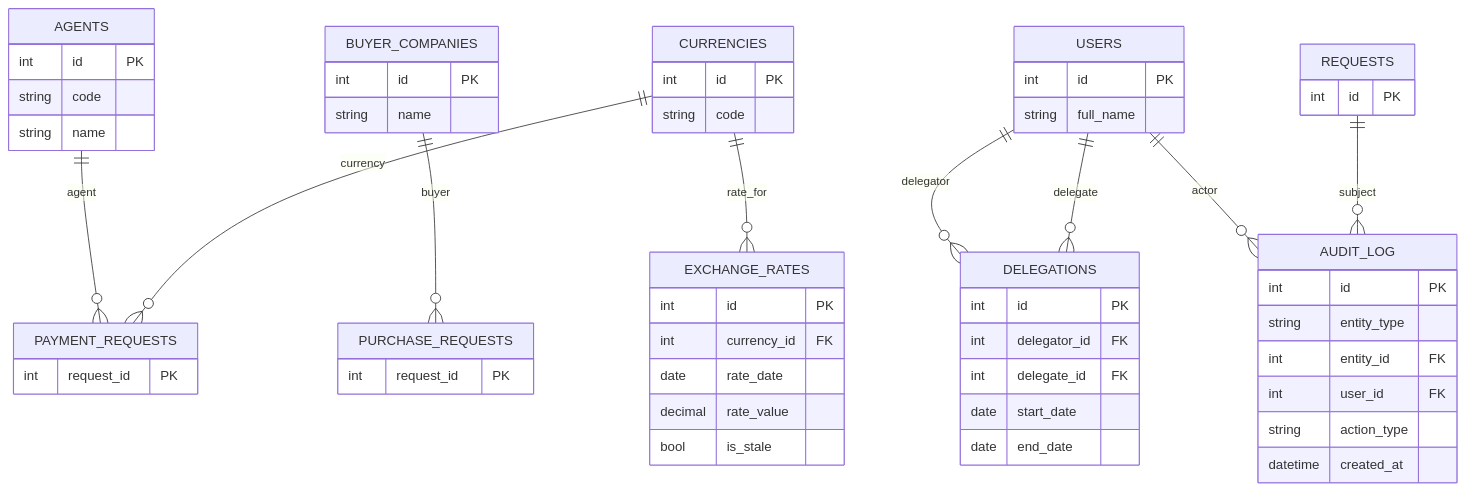
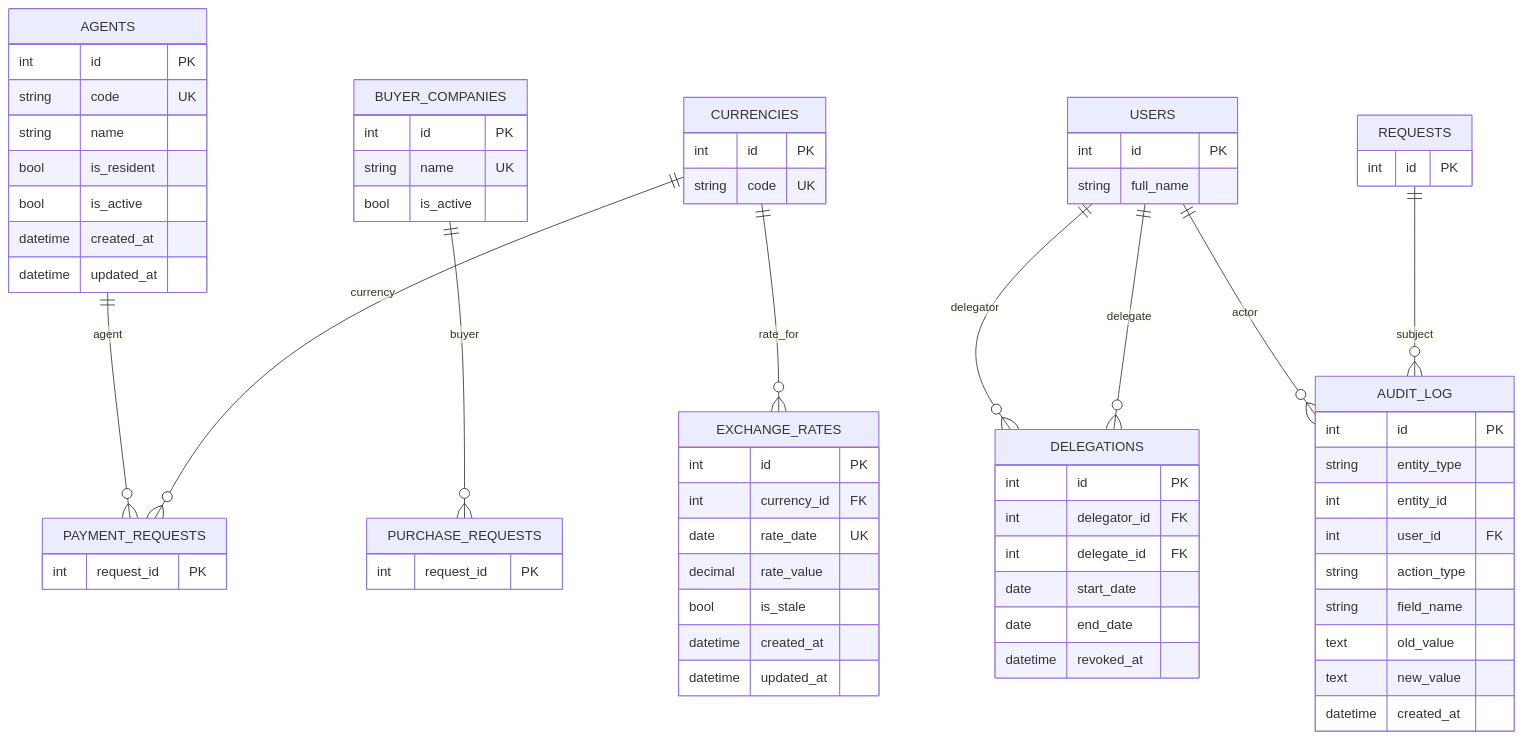
One commit to srg888/PayTracker_Vault changed the second of 2 diagrams in 06. Данные/ER модель.md. Above: the diagram before and after it, drawn with Mermaid. The commit also changed other lines of this file, not shown here.

First line of the commit message:
ER модель: добавлены недостающие поля в диаграммы

````diff
--- a/06. Данные/ER модель.md
+++ b/06. Данные/ER модель.md
@@ -94,60 +129,71 @@
 ```mermaid
 erDiagram
   AGENTS ||--o{ PAYMENT_REQUESTS : agent
   BUYER_COMPANIES ||--o{ PURCHASE_REQUESTS : buyer
   CURRENCIES ||--o{ PAYMENT_REQUESTS : currency
   CURRENCIES ||--o{ EXCHANGE_RATES : rate_for
   USERS ||--o{ DELEGATIONS : delegator
   USERS ||--o{ DELEGATIONS : delegate
   USERS ||--o{ AUDIT_LOG : actor
   REQUESTS ||--o{ AUDIT_LOG : subject
 
   AGENTS {
     int id PK
-    string code
+    string code UK
     string name
+    bool is_resident
+    bool is_active
+    datetime created_at
+    datetime updated_at
   }
   BUYER_COMPANIES {
     int id PK
-    string name
+    string name UK
+    bool is_active
   }
   CURRENCIES {
     int id PK
-    string code
+    string code UK
   }
   EXCHANGE_RATES {
     int id PK
     int currency_id FK
-    date rate_date
+    date rate_date UK
     decimal rate_value
     bool is_stale
+    datetime created_at
+    datetime updated_at
   }
   DELEGATIONS {
     int id PK
     int delegator_id FK
     int delegate_id FK
     date start_date
     date end_date
+    datetime revoked_at
   }
   AUDIT_LOG {
     int id PK
     string entity_type
-    int entity_id FK
+    int entity_id
     int user_id FK
     string action_type
+    string field_name
+    text old_value
+    text new_value
     datetime created_at
   }
   USERS {
     int id PK
     string full_name
   }
   PAYMENT_REQUESTS {
     int request_id PK
   }
   PURCHASE_REQUESTS {
     int request_id PK
   }
   REQUESTS {
     int id PK
   }
 ```
````
